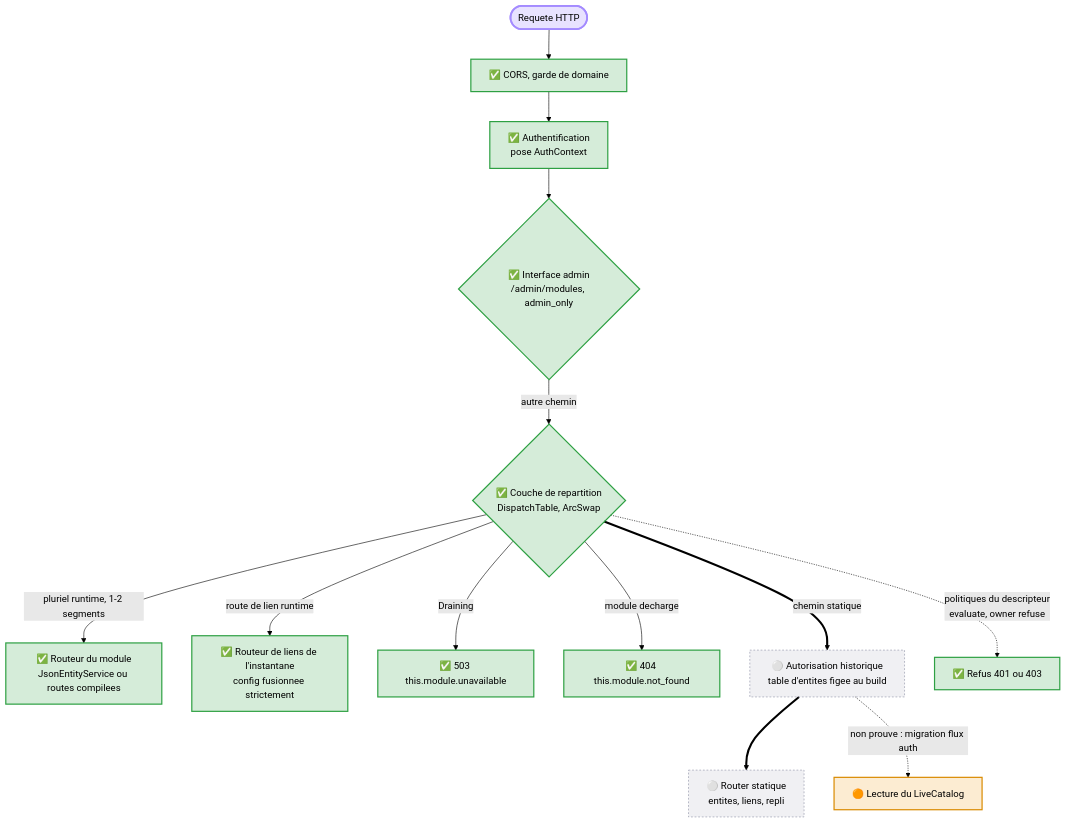
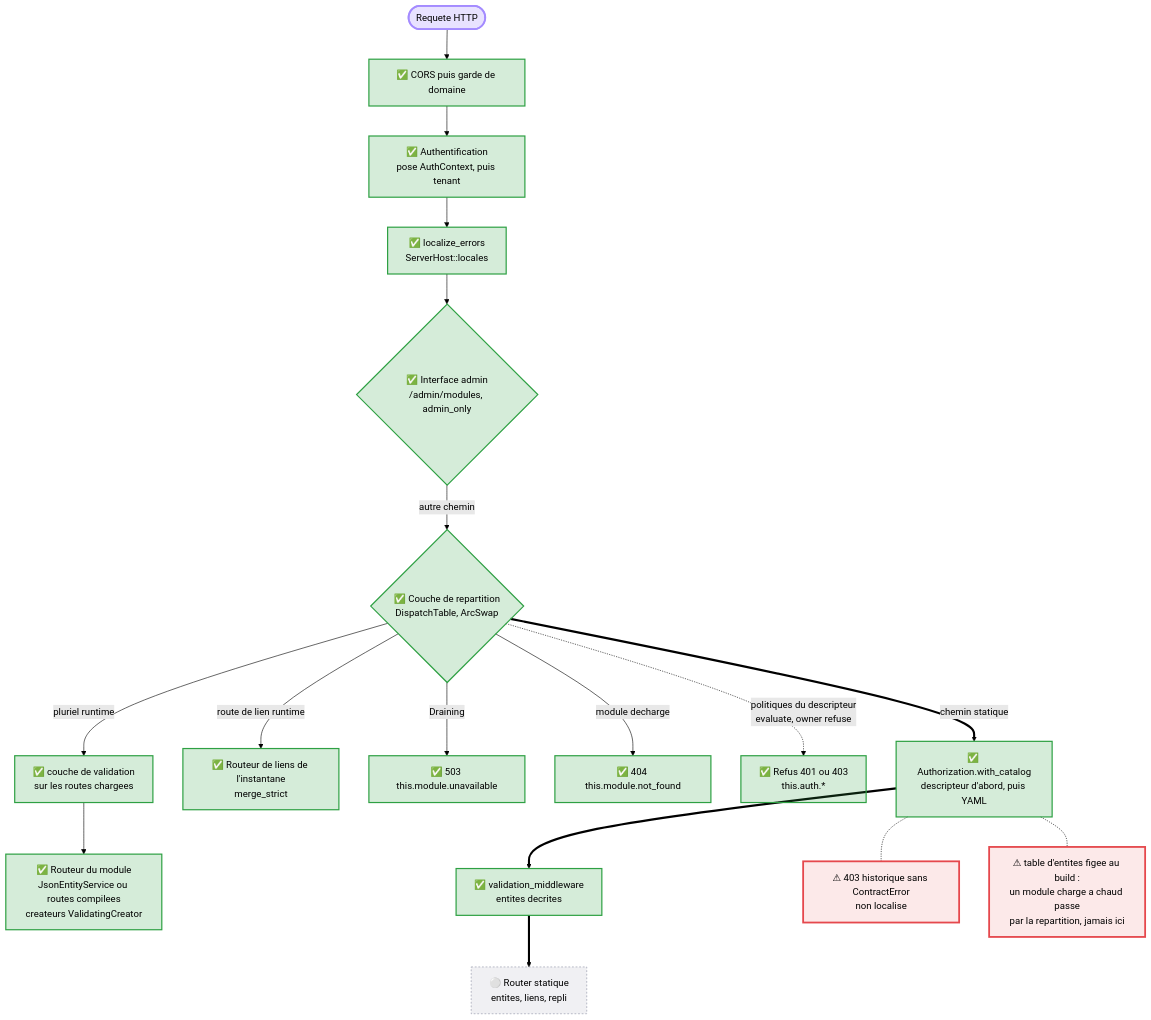
Before and after one commit to this-rs/this: the diagram in docs/atlas/module-descriptor/couches-repartition-runtime.mmd, drawn with Mermaid (forest theme). The commit also changed 13 other files, not shown here.

First line of the commit message:
docs(module-descriptor): delivered state in the RFC and diagrams aligned with the integrated code

```diff
--- a/docs/atlas/module-descriptor/couches-repartition-runtime.mmd
+++ b/docs/atlas/module-descriptor/couches-repartition-runtime.mmd
@@ -1,23 +1,30 @@
+%% name: module-descriptor-runtime-layers
+%% QUESTION : dans quel ordre une requete REST traverse les couches quand le module runtime est monte ?
+%% PROUVE (MESURE) : tests/module_runtime.rs (admin_interface_requires_admin_then_lists_loads_unloads avec autorisation ARMEE,
+%%   dynamic_module_paths_not_shadowed_by_link_wildcards) ; e2e hot_loaded_compiled_module_is_validated_on_rest_and_through_its_creator
+%%   (preuve rouge de l'integration : couche de validation runtime neutralisee = 201 au lieu de 422) ; message_localized_fr_then_en.
+%% LU : RestExposure::build_router (src/server/exposure/rest/mod.rs, ordre des .layer), ModuleRuntime::mount, Authorization::with_catalog.
+%% NON ETABLI : 403 de l'autorisation historique et 401 d'authentification non localises (pas de ContractError, note PO f3862798).
 flowchart TB
-%% name: module-descriptor-runtime-layers
-%% PROUVE : ordre des couches de RestExposure::build_router avec module runtime (tests/module_runtime.rs,
-%%   admin_interface_requires_admin_then_lists_loads_unloads avec autorisation ARMEE ; dynamic_module_paths_not_shadowed_by_link_wildcards).
-%% SOURCES LUES : src/server/exposure/rest/mod.rs, src/server/module_runtime/dispatch.rs (ModuleRuntime::mount), admin.rs.
-%% NON ETABLI : GraphQL, gRPC et WebSocket ne voient pas les modules charges a chaud (flux auth, lecture du catalogue).
-    REQ(["Requete HTTP"]):::entry --> CORS["✅ CORS, garde de domaine"]:::ok
-    CORS --> AUTHN["✅ Authentification<br/>pose AuthContext"]:::ok
-    AUTHN --> ADM{"✅ Interface admin<br/>/admin/modules, admin_only"}:::ok
-    ADM -->|"autre chemin"| DSP{"✅ Couche de repartition<br/>DispatchTable, ArcSwap"}:::ok
-    DSP -->|"pluriel runtime, 1-2 segments"| MOD["✅ Routeur du module<br/>JsonEntityService ou routes compilees"]:::ok
-    DSP -->|"route de lien runtime"| LNK["✅ Routeur de liens de l'instantane<br/>config fusionnee strictement"]:::ok
-    DSP -->|"Draining"| U503["✅ 503 this.module.unavailable"]:::ok
-    DSP -->|"module decharge"| U404["✅ 404 this.module.not_found"]:::ok
-    DSP ==>|"chemin statique"| AUTHZ["⚪ Autorisation historique<br/>table d'entites figee au build"]:::upstream
-    AUTHZ ==> ROUTER["⚪ Router statique<br/>entites, liens, repli"]:::upstream
-    DSP -.->|"politiques du descripteur<br/>evaluate, owner refuse"| POL["✅ Refus 401 ou 403"]:::ok
-    AUTHZ -.->|"non prouve : migration flux auth"| CATAL["🟠 Lecture du LiveCatalog"]:::todo
-
     classDef ok       fill:#2ea04333,stroke:#2ea043,stroke-width:2px
     classDef todo     fill:#f0a02033,stroke:#d98a00,stroke-width:2px
     classDef upstream fill:#8b8fa322,stroke:#8b8fa3,stroke-dasharray:3 3
+    classDef trap     fill:#e5484d1f,stroke:#e5484d,stroke-width:3px
     classDef entry    fill:#a48bff40,stroke:#a48bff,stroke-width:3px
+
+    REQ(["Requete HTTP"]):::entry --> CORS["✅ CORS puis garde de domaine"]:::ok
+    CORS --> AUTHN["✅ Authentification<br/>pose AuthContext, puis tenant"]:::ok
+    AUTHN --> LOC["✅ localize_errors<br/>ServerHost::locales"]:::ok
+    LOC --> ADM{"✅ Interface admin<br/>/admin/modules, admin_only"}:::ok
+    ADM -->|"autre chemin"| DSP{"✅ Couche de repartition<br/>DispatchTable, ArcSwap"}:::ok
+    DSP -->|"pluriel runtime"| RVAL["✅ couche de validation<br/>sur les routes chargees"]:::ok
+    RVAL --> MOD["✅ Routeur du module<br/>JsonEntityService ou routes compilees<br/>createurs ValidatingCreator"]:::ok
+    DSP -->|"route de lien runtime"| LNK["✅ Routeur de liens de l'instantane<br/>merge_strict"]:::ok
+    DSP -->|"Draining"| U503["✅ 503 this.module.unavailable"]:::ok
+    DSP -->|"module decharge"| U404["✅ 404 this.module.not_found"]:::ok
+    DSP -.->|"politiques du descripteur<br/>evaluate, owner refuse"| POL["✅ Refus 401 ou 403<br/>this.auth.*"]:::ok
+    DSP ==>|"chemin statique"| AUTHZ["✅ Authorization.with_catalog<br/>descripteur d'abord, puis YAML"]:::ok
+    AUTHZ ==> VAL["✅ validation_middleware<br/>entites decrites"]:::ok
+    VAL ==> ROUTER["⚪ Router statique<br/>entites, liens, repli"]:::upstream
+    AUTHZ -.- T403["⚠ 403 historique sans ContractError<br/>non localise"]:::trap
+    AUTHZ -.- FROZEN["⚠ table d'entites figee au build :<br/>un module charge a chaud passe<br/>par la repartition, jamais ici"]:::trap
```
